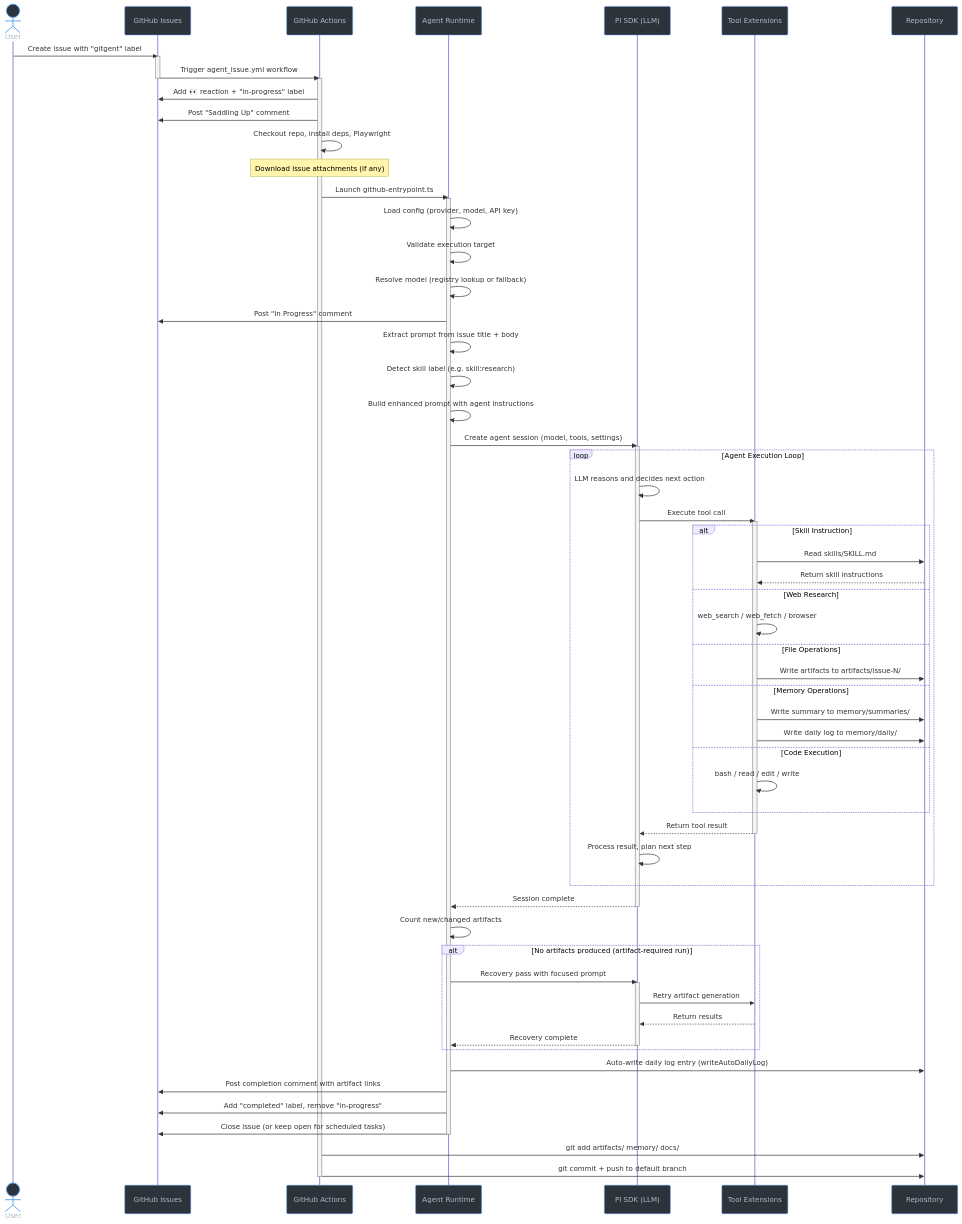
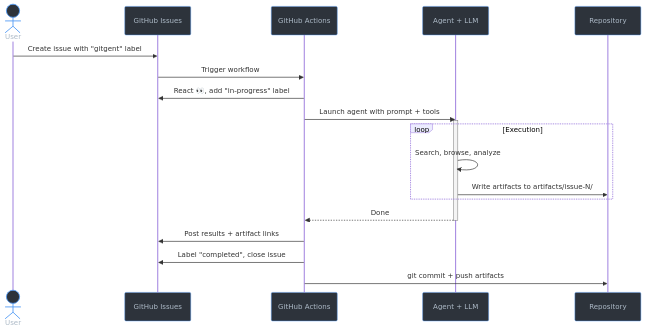
The second of 2 diagrams in README.md (supercheck-io/gitgent), drawn with Mermaid before and after one commit. The commit also changed other lines of this file and 6 other files, not shown here.

Commit message:
feat: enhance agent task template, update memory handling, and improve output preferences

````diff
--- a/README.md
+++ b/README.md
@@ -76,83 +77,25 @@
     actor User
     participant GH as GitHub Issues
     participant WF as GitHub Actions
-    participant RT as Agent Runtime
-    participant PI as PI SDK (LLM)
-    participant Tools as Tool Extensions
+    participant Agent as Agent + LLM
     participant FS as Repository
 
     User->>GH: Create issue with "gitgent" label
-    activate GH
-    GH->>WF: Trigger agent_issue.yml workflow
-    deactivate GH
-    activate WF
+    GH->>WF: Trigger workflow
+    WF->>GH: React 👀, add "in-progress" label
 
-    WF->>GH: Add 👀 reaction + "in-progress" label
-    WF->>GH: Post "Saddling Up" comment
-    WF->>WF: Checkout repo, install deps, Playwright
+    WF->>Agent: Launch agent with prompt + tools
+    activate Agent
 
-    Note over WF: Download issue attachments (if any)
-
-    WF->>RT: Launch github-entrypoint.ts
-    activate RT
-
-    RT->>RT: Load config (provider, model, API key)
-    RT->>RT: Validate execution target
-    RT->>RT: Resolve model (registry lookup or fallback)
-    RT->>GH: Post "In Progress" comment
-
-    RT->>RT: Extract prompt from issue title + body
-    RT->>RT: Detect skill label (e.g. skill:research)
-    RT->>RT: Build enhanced prompt with agent instructions
-
-    RT->>PI: Create agent session (model, tools, settings)
-    activate PI
-
-    loop Agent Execution Loop
-        PI->>PI: LLM reasons and decides next action
-        PI->>Tools: Execute tool call
-        activate Tools
-
-        alt Skill Instruction
-            Tools->>FS: Read skills/SKILL.md
-            FS-->>Tools: Return skill instructions
-        else Web Research
-            Tools->>Tools: web_search / web_fetch / browser
-        else File Operations
-            Tools->>FS: Write artifacts to artifacts/issue-N/
-        else Memory Operations
-            Tools->>FS: Write summary to memory/summaries/
-            Tools->>FS: Write daily log to memory/daily/
-        else Code Execution
-            Tools->>Tools: bash / read / edit / write
-        end
-
-        Tools-->>PI: Return tool result
-        deactivate Tools
-        PI->>PI: Process result, plan next step
+    loop Execution
+        Agent->>Agent: Search, browse, analyze
+        Agent->>FS: Write artifacts to artifacts/issue-N/
     end
 
-    PI-->>RT: Session complete
-    deactivate PI
+    Agent-->>WF: Done
+    deactivate Agent
 
-    RT->>RT: Count new/changed artifacts
-
-    alt No artifacts produced (artifact-required run)
-        RT->>PI: Recovery pass with focused prompt
-        activate PI
-        PI->>Tools: Retry artifact generation
-        Tools-->>PI: Return results
-        PI-->>RT: Recovery complete
-        deactivate PI
-    end
-
-    RT->>FS: Auto-write daily log entry (writeAutoDailyLog)
-    RT->>GH: Post completion comment with artifact links
-    RT->>GH: Add "completed" label, remove "in-progress"
-    RT->>GH: Close issue (or keep open for scheduled tasks)
-    deactivate RT
-
-    WF->>FS: git add artifacts/ memory/ docs/
-    WF->>FS: git commit + push to default branch
-    deactivate WF
+    WF->>GH: Post results + artifact links
+    WF->>GH: Label "completed", close issue
+    WF->>FS: git commit + push artifacts
 ```
````
